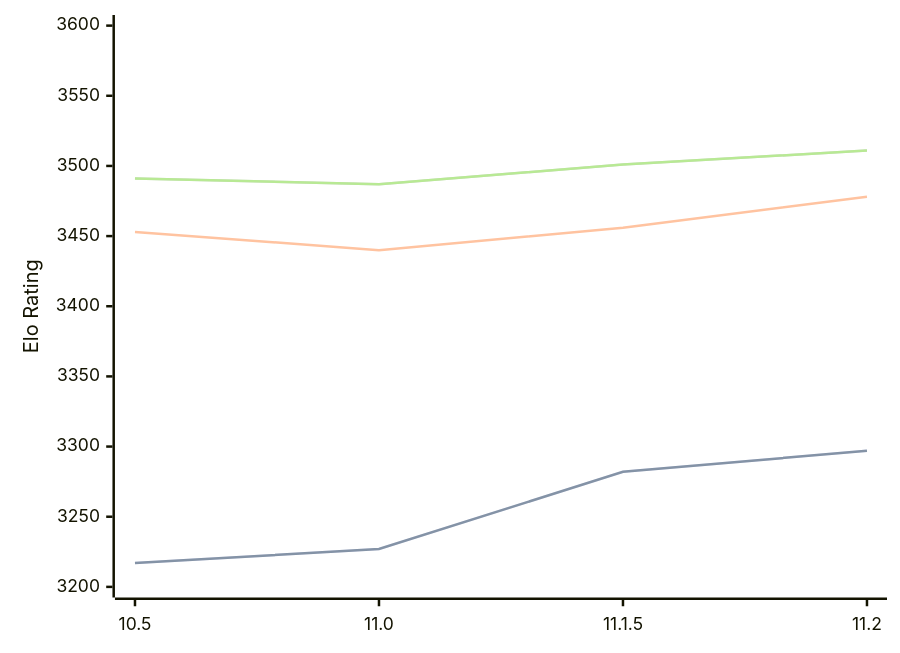
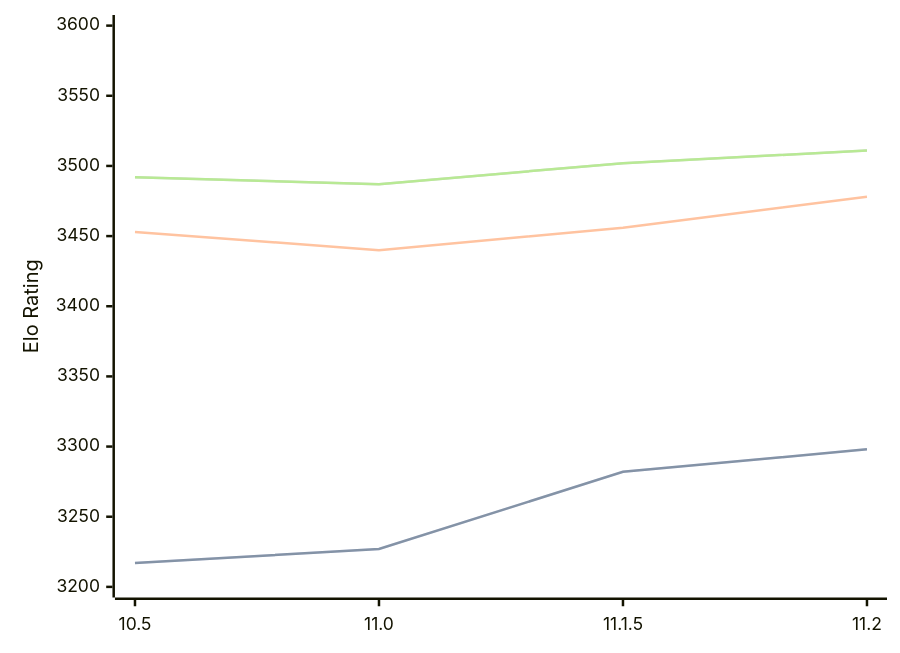
The diagram in engines/Lizard.md (computer-chess-index/cci), drawn with Mermaid before and after one commit. The commit also changed other lines of this file, not shown here.

Commit message:
Update CCI Ratings (ELO VLTC) - 2026-08-20

````diff
--- a/engines/Lizard.md
+++ b/engines/Lizard.md
@@ -34,11 +34,11 @@
 ```mermaid
 %%{init: {"theme":"base","themeVariables":{"seriesColors:['#a3a3a3','#222221','#faa371']}}}%%
 xychart-beta
   x-axis ["10.5", "11.0", "11.1.5", "11.2"]
   y-axis "Elo Rating" 3200 --> 3600
-  line "STC (8.0+0.08s)" [3217, 3227, 3282, 3297]
-  line "STC (8.0+0.08s)" [3217, 3227, 3282, 3297]
+  line "STC (8.0+0.08s)" [3217, 3227, 3282, 3298]
+  line "STC (8.0+0.08s)" [3217, 3227, 3282, 3298]
   line "LTC (60.0+0.60s)" [3453, 3440, 3456, 3478]
-  line "VLTC (2m24s+1.12s)" [3491, 3487, 3501, 3511]
-  line "VLTC (2m24s+1.12s)" [3491, 3487, 3501, 3511]
+  line "VLTC (2m24s+1.12s)" [3492, 3487, 3502, 3511]
+  line "VLTC (2m24s+1.12s)" [3492, 3487, 3502, 3511]
 ```
````
